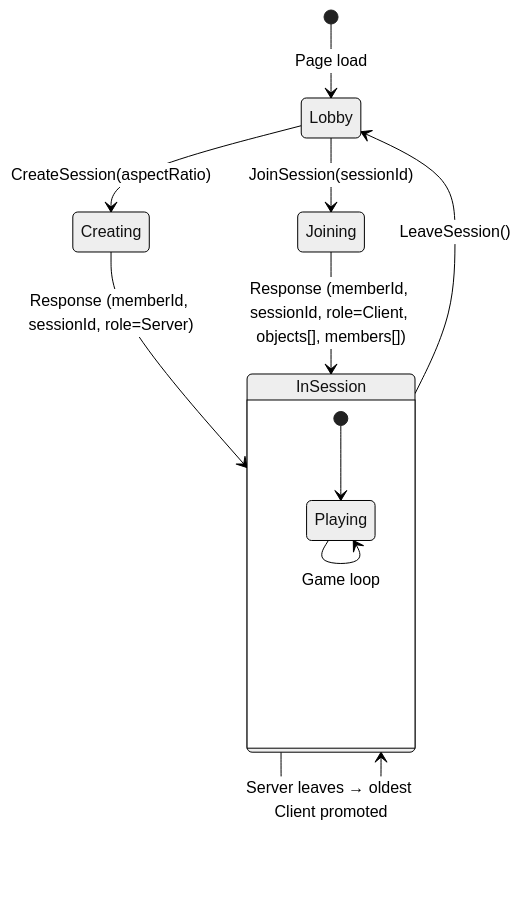
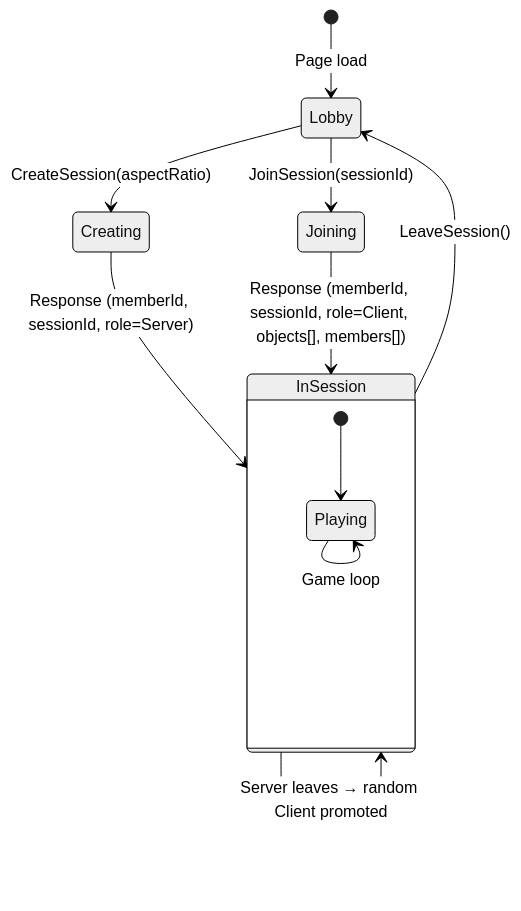
Diagram 15 of 32 in ARCHITECTURE.md (badvoidstar/asteroids), drawn with Mermaid (neutral theme) before and after one commit. The commit also changed other lines of this file, not shown here.

Commit message:
Update ARCHITECTURE.md to reflect recent codebase changes

````diff
--- a/ARCHITECTURE.md
+++ b/ARCHITECTURE.md
@@ -393,15 +393,15 @@
 ```mermaid
 stateDiagram-v2
     [*] --> Lobby: Page load
     Lobby --> Creating: CreateSession(aspectRatio)
     Lobby --> Joining: JoinSession(sessionId)
     Creating --> InSession: Response (memberId, sessionId, role=Server)
     Joining --> InSession: Response (memberId, sessionId, role=Client, objects[], members[])
     InSession --> Lobby: LeaveSession()
-    InSession --> InSession: Server leaves → oldest Client promoted
+    InSession --> InSession: Server leaves → random Client promoted
 
     state InSession {
         [*] --> Playing
         Playing --> Playing: Game loop
     }
 ```
````
